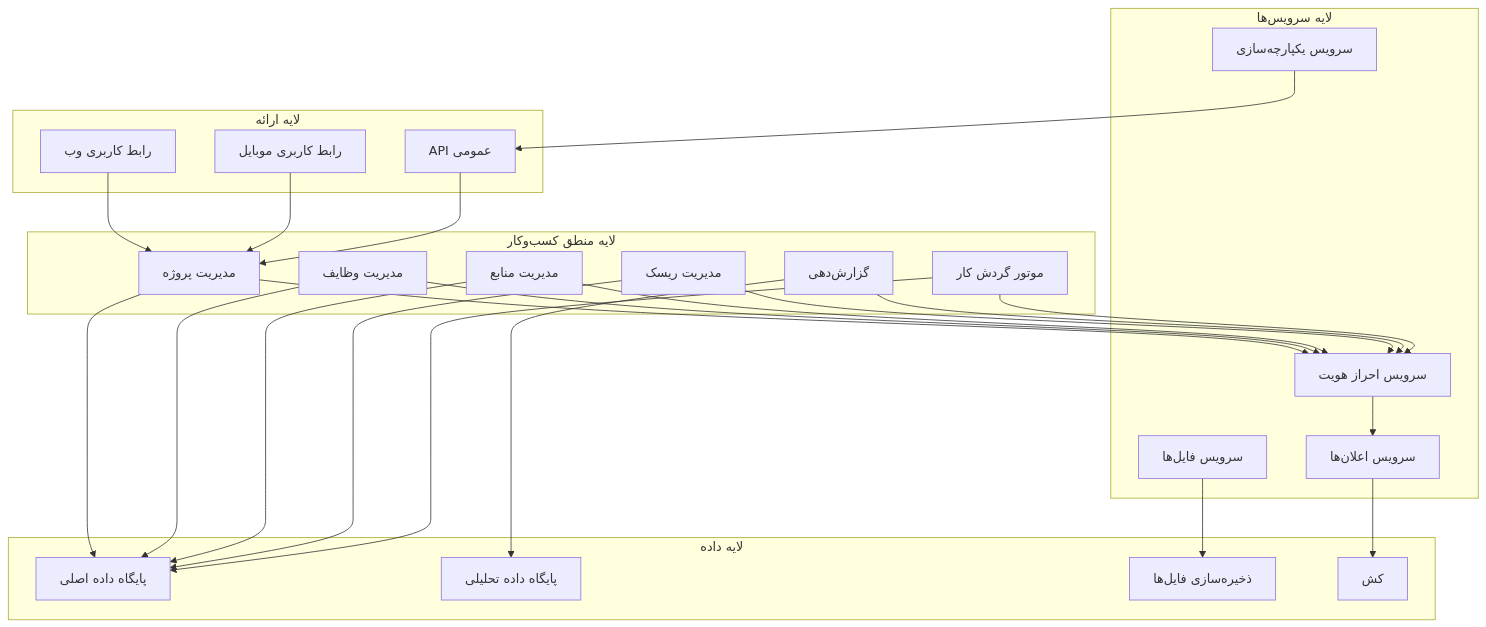
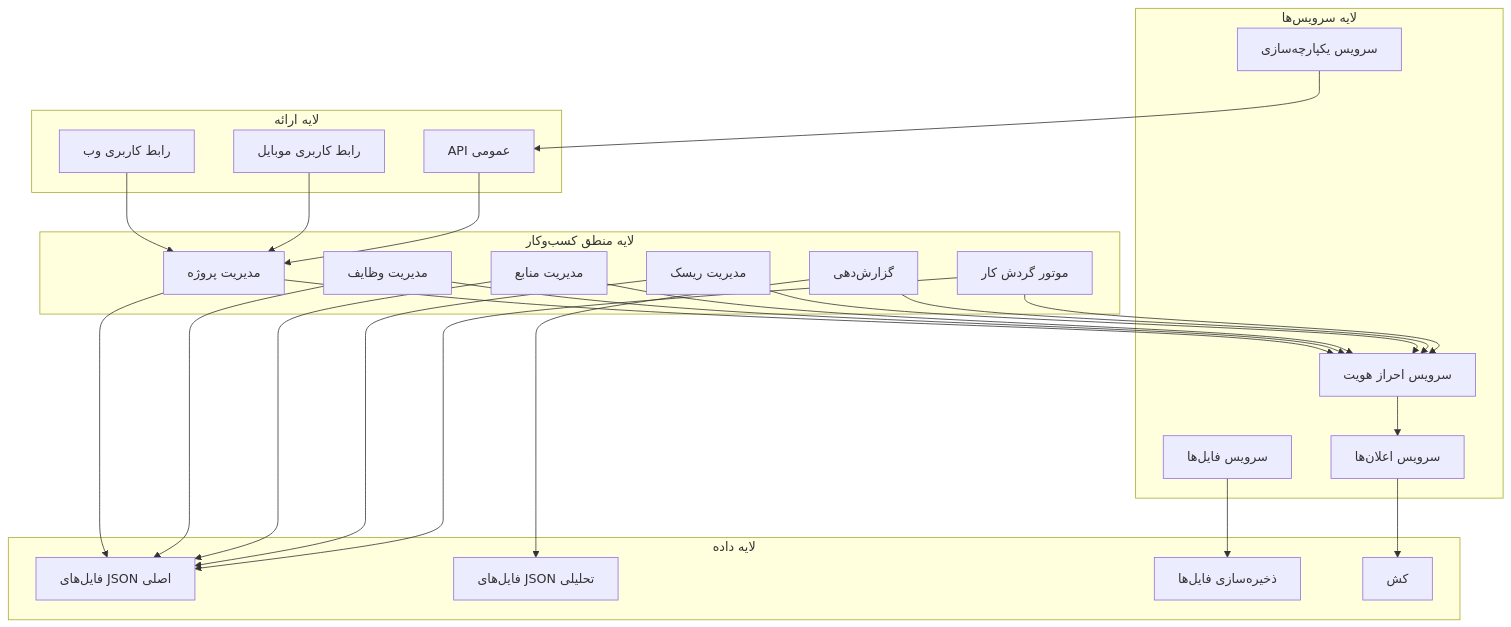
One commit to Shakour-Data/GravityManagement changed the first of 18 diagrams in Docs/Architecture_doc.md. Above: the diagram before and after it, drawn with Mermaid. The commit also changed other lines of this file and 2 other files, not shown here.

Commit message:
`Updated Architecture and Process documentation with new features and improvements`

````diff
--- a/Docs/Architecture_doc.md
+++ b/Docs/Architecture_doc.md
@@ -51,53 +51,53 @@
 ```mermaid
 graph TB
     subgraph "لایه ارائه"
         A[رابط کاربری وب]
         B[رابط کاربری موبایل]
         C[API عمومی]
     end
     
     subgraph "لایه منطق کسب‌وکار"
         D[مدیریت پروژه]
         E[مدیریت وظایف]
         F[مدیریت منابع]
         G[مدیریت ریسک]
         H[گزارش‌دهی]
         I[موتور گردش کار]
     end
     
     subgraph "لایه سرویس‌ها"
         J[سرویس احراز هویت]
         K[سرویس اعلان‌ها]
         L[سرویس فایل‌ها]
         M[سرویس یکپارچه‌سازی]
     end
     
     subgraph "لایه داده"
-        N[پایگاه داده اصلی]
-        O[پایگاه داده تحلیلی]
+        N[فایل‌های JSON اصلی]
+        O[فایل‌های JSON تحلیلی]
         P[ذخیره‌سازی فایل‌ها]
         Q[کش]
     end
     
     A --> D
     B --> D
     C --> D
     D --> J
     E --> J
     F --> J
     G --> J
     H --> J
     I --> J
     
     D --> N
     E --> N
     F --> N
     G --> N
     H --> O
     I --> N
     
     J --> K
     K --> Q
     L --> P
     M --> C
 ```
````
